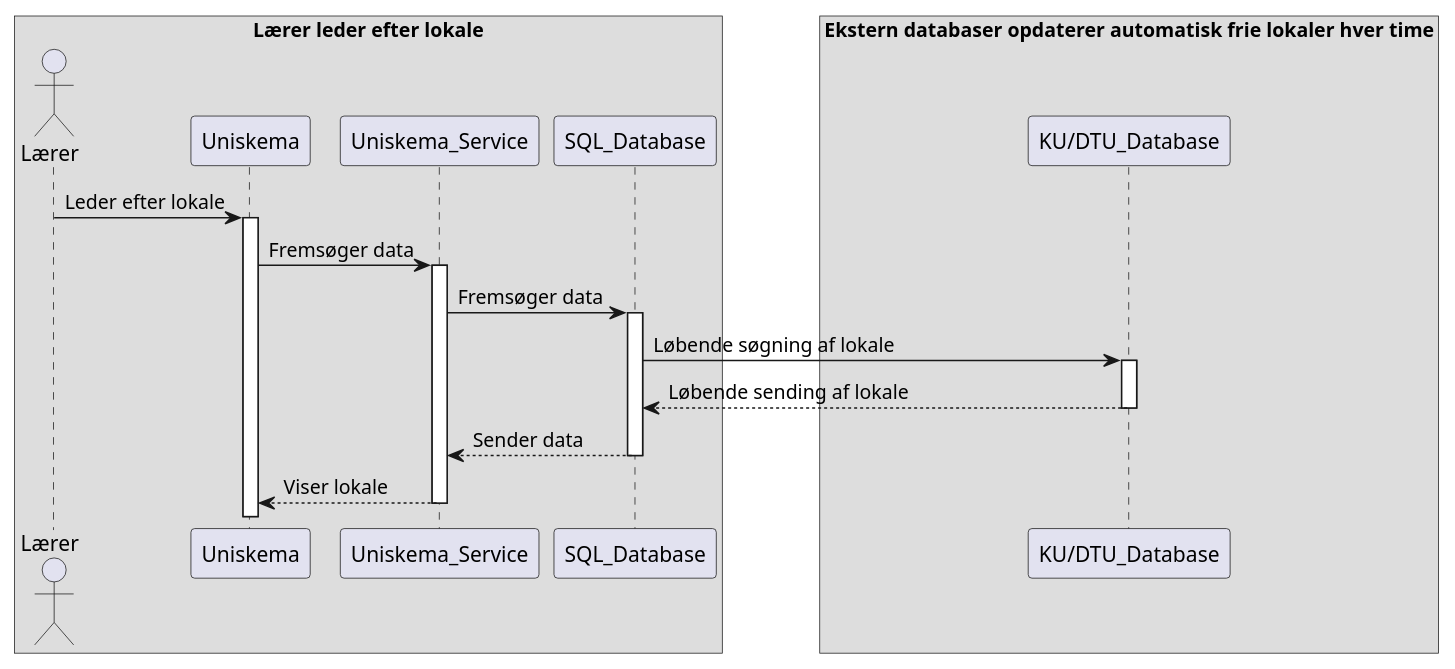
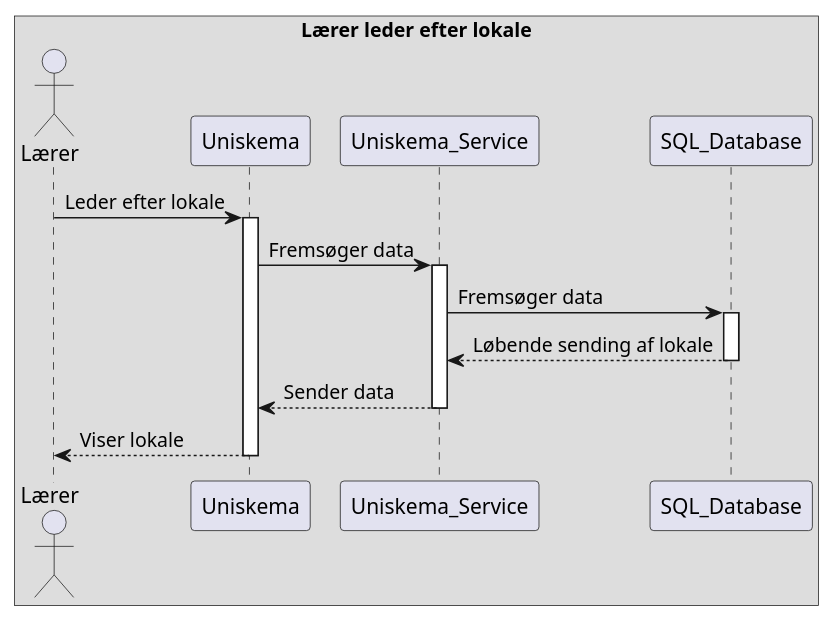
Before and after one commit to MadsSchroder/Systemudvikling-Eksamen-KU: the diagram in Diagrams/AD - SD1.puml, drawn with PlantUML.

Commit message:
Opdateret AD

```diff
--- a/Diagrams/AD - SD1.puml
+++ b/Diagrams/AD - SD1.puml
@@ -1,19 +1,15 @@
 @startuml
 
 box "Lærer leder efter lokale"
 Actor Lærer
 Lærer -> Uniskema: Leder efter lokale
 Activate Uniskema
 Uniskema -> Uniskema_Service: Fremsøger data
 Activate Uniskema_Service
 Uniskema_Service -> SQL_Database: Fremsøger data
 Activate SQL_Database
-end box
-box "Ekstern databaser opdaterer automatisk frie lokaler hver time"
-SQL_Database -> "KU/DTU_Database": Løbende søgning af lokale
-Activate "KU/DTU_Database"
 Return Løbende sending af lokale
 Return Sender data
 Return Viser lokale
 end box
 @enduml
```
